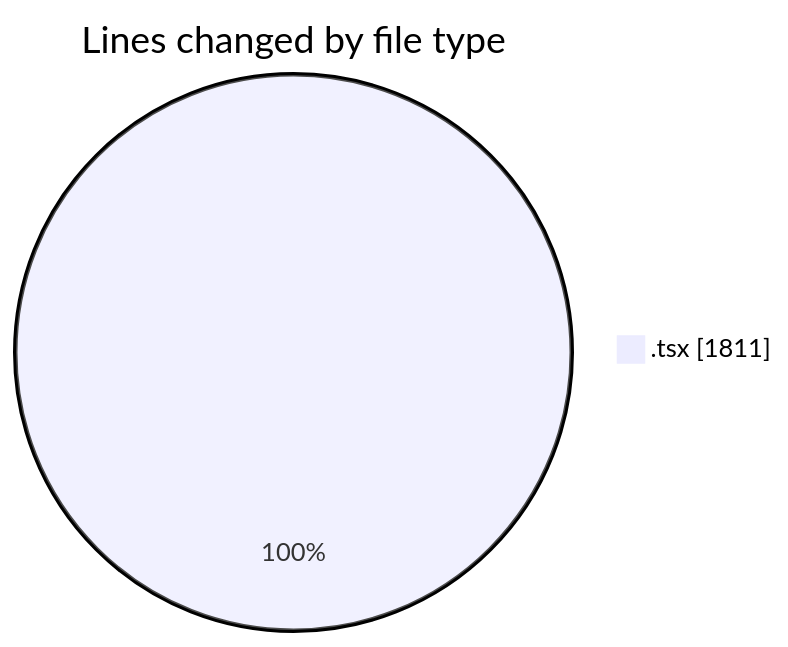
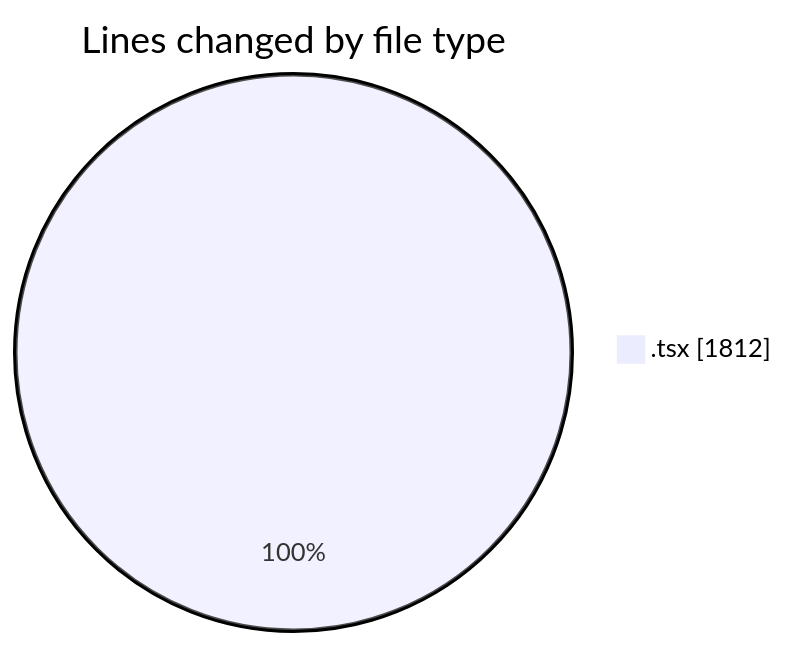
Before and after one commit to momahboobian/code-tracking: the first of 2 diagrams in 2026-08-06/cda/README.md, drawn with Mermaid. The commit also changed other lines of this file and 1 other file, not shown here.

````diff
--- a/2026-08-06/cda/README.md
+++ b/2026-08-06/cda/README.md
@@ -26,5 +26,5 @@
 ```mermaid
 pie showData
 title Lines changed by file type
-".tsx" : 1811
+".tsx" : 1812
 ```
````
